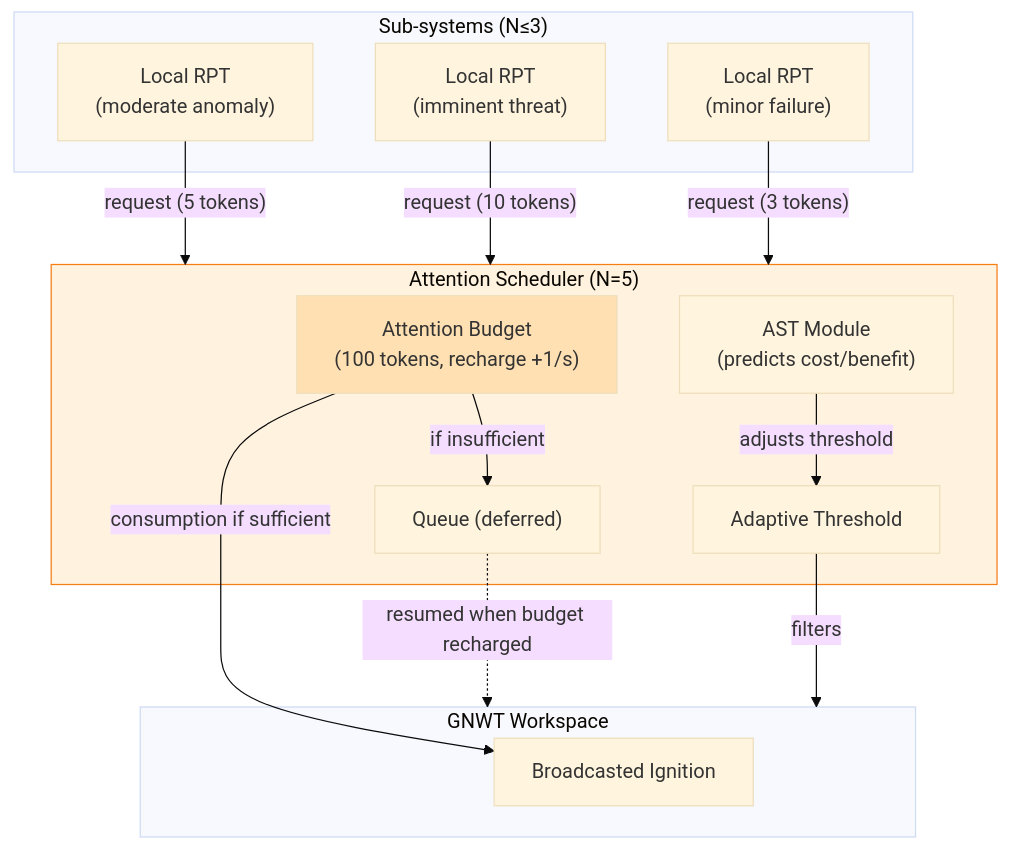
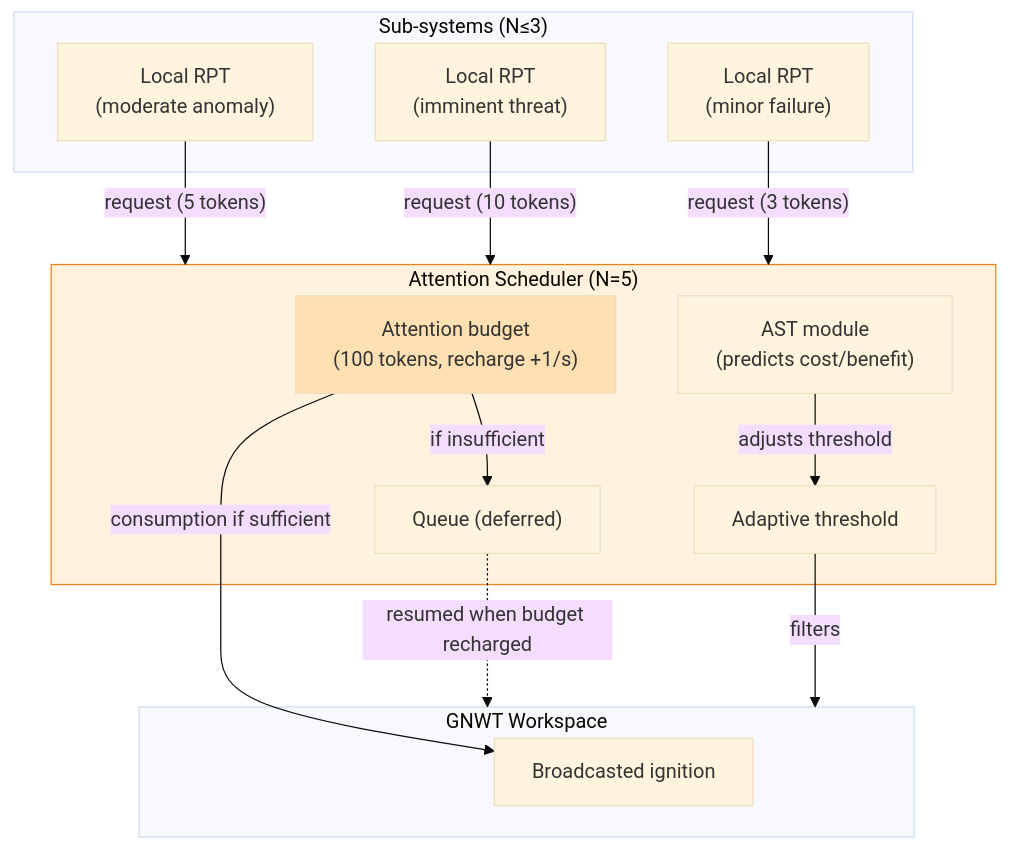
Before and after one commit to AlainCo/GNWT-Garrigue-X-en: the sixth of 7 diagrams in concepts/concepts.md, drawn with Mermaid (base theme). The commit also changed other lines of this file and 31 other files, not shown here.

````diff
--- a/concepts/concepts.md
+++ b/concepts/concepts.md
@@ -526,33 +530,33 @@
 ```mermaid
 flowchart TD
     subgraph Inputs ["Sub-systems (N≤3)"]
         A["Local RPT\n(moderate anomaly)"]
         B["Local RPT\n(imminent threat)"]
         C["Local RPT\n(minor failure)"]
     end
 
     subgraph Scheduler ["Attention Scheduler (N=5)"]
-        Budget["Attention Budget\n(100 tokens, recharge +1/s)"]
-        AST["AST Module\n(predicts cost/benefit)"]
+        Budget["Attention budget\n(100 tokens, recharge +1/s)"]
+        AST["AST module\n(predicts cost/benefit)"]
         File["Queue (deferred)"]
-        Seuil["Adaptive Threshold"]
+        Seuil["Adaptive threshold"]
     end
 
     subgraph Workspace ["GNWT Workspace"]
-        Ignition["Broadcasted Ignition"]
+        Ignition["Broadcasted ignition"]
     end
 
     A -->|"request (5 tokens)"| Scheduler
     B -->|"request (10 tokens)"| Scheduler
     C -->|"request (3 tokens)"| Scheduler
 
     Budget -->|"consumption if sufficient"| Ignition
     Budget -->|"if insufficient"| File
     AST -->|"adjusts threshold"| Seuil
     Seuil -->|"filters"| Workspace
 
     File -.->|"resumed when budget recharged"| Workspace
 
     style Scheduler fill:#fff3e0,stroke:#f57f17
     style Budget fill:#ffe0b2
 ```
````
